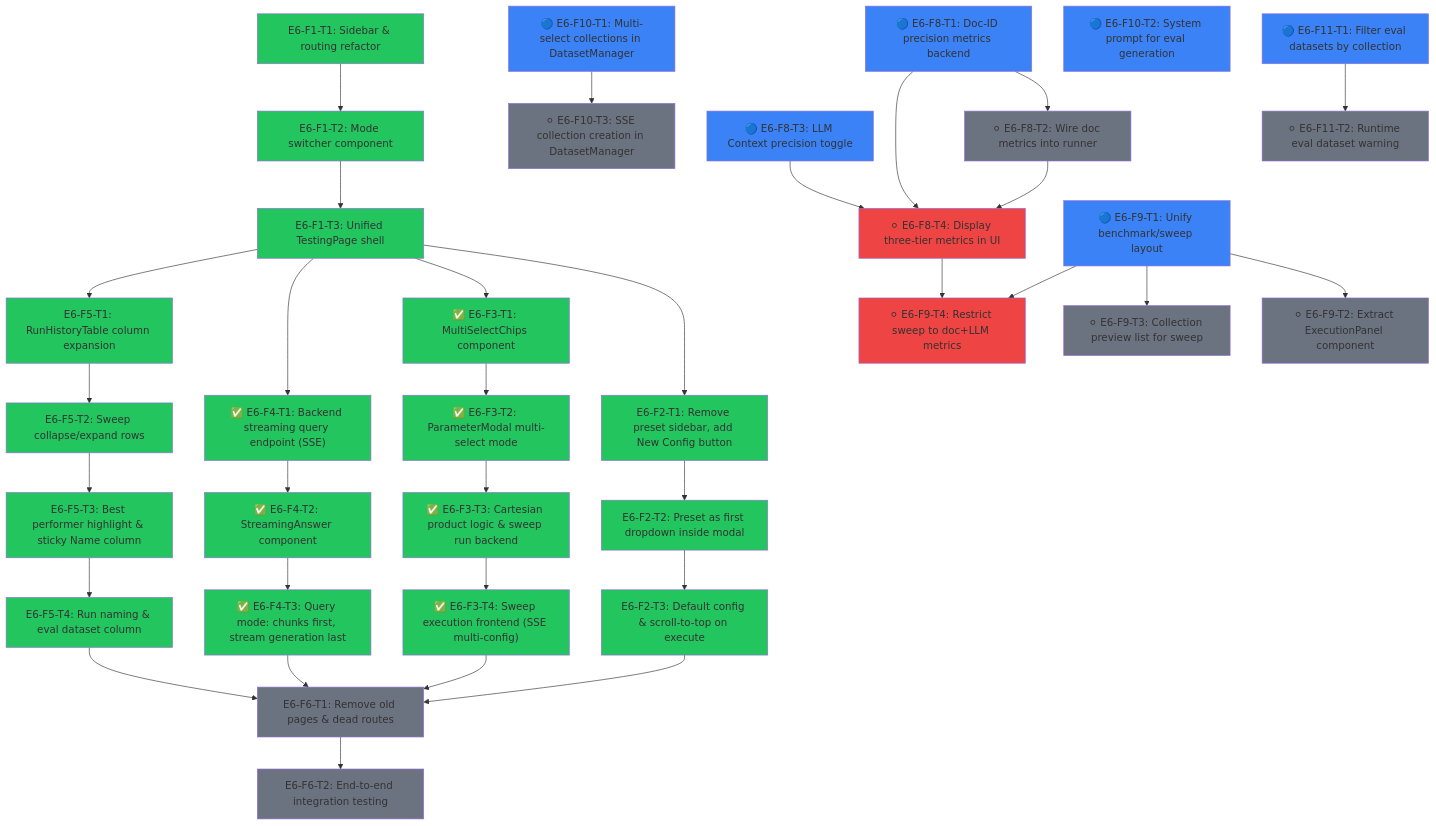
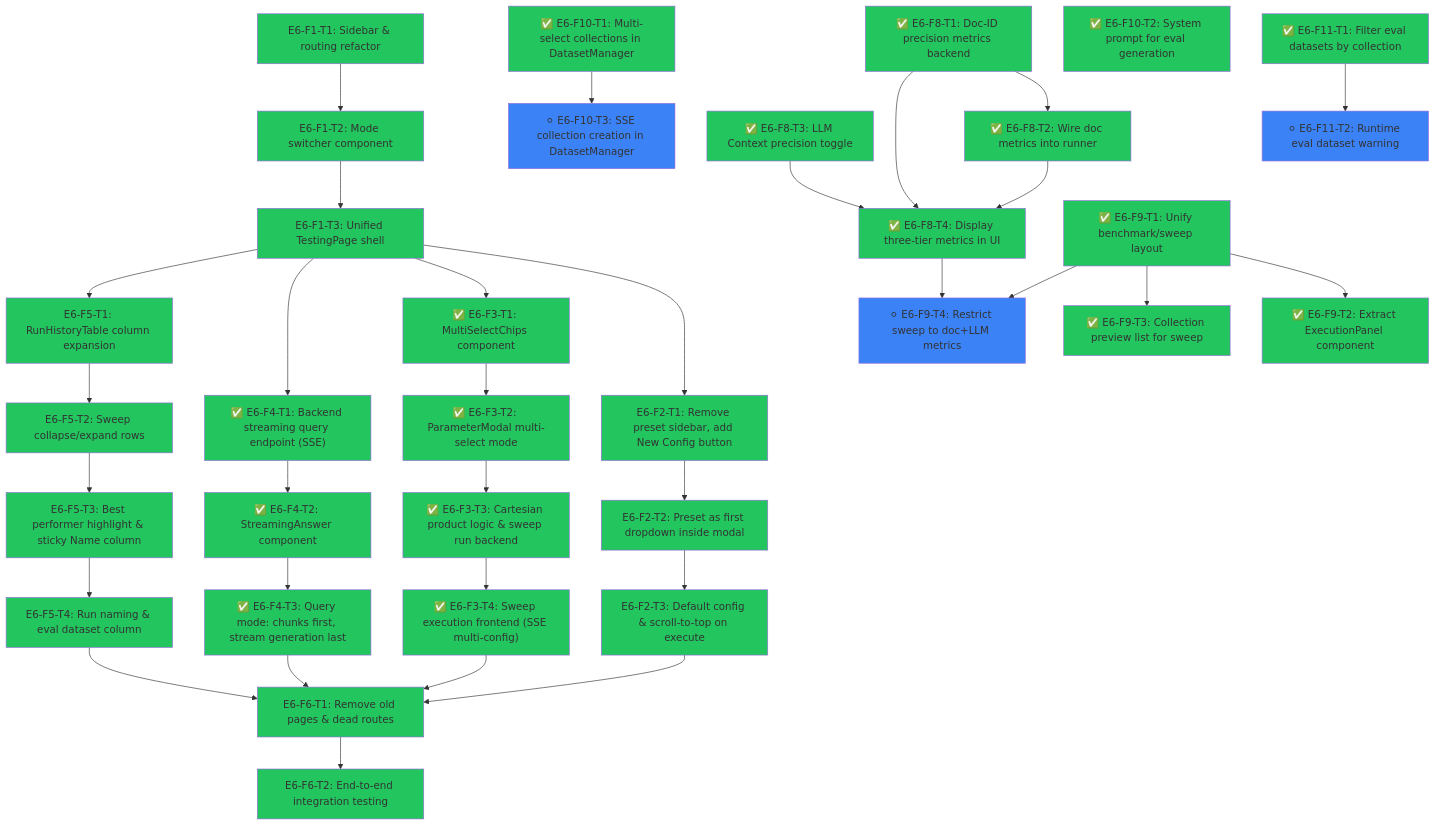
Before and after one commit to Vutiot/EvenementsRAG: the diagram in roadmap_unification.md, drawn with Mermaid. The commit also changed other lines of this file, not shown here.

Commit message:
docs: update roadmap — mark E6-F8-T4, F10-T1/T2, F11-T1 done, promote dependents to ready

````diff
--- a/roadmap_unification.md
+++ b/roadmap_unification.md
@@ -66,21 +66,21 @@
   E6F5T4 --> E6F6T1
   E6F6T1 --> E6F6T2
 
-  E6F8T1["🔵 E6-F8-T1: Doc-ID precision metrics backend"]
-  E6F8T2["⚪ E6-F8-T2: Wire doc metrics into runner"]
-  E6F8T3["🔵 E6-F8-T3: LLM Context precision toggle"]
-  E6F8T4["⚪ E6-F8-T4: Display three-tier metrics in UI"]
+  E6F8T1["✅ E6-F8-T1: Doc-ID precision metrics backend"]
+  E6F8T2["✅ E6-F8-T2: Wire doc metrics into runner"]
+  E6F8T3["✅ E6-F8-T3: LLM Context precision toggle"]
+  E6F8T4["✅ E6-F8-T4: Display three-tier metrics in UI"]
 
-  E6F9T1["🔵 E6-F9-T1: Unify benchmark/sweep layout"]
-  E6F9T2["⚪ E6-F9-T2: Extract ExecutionPanel component"]
-  E6F9T3["⚪ E6-F9-T3: Collection preview list for sweep"]
+  E6F9T1["✅ E6-F9-T1: Unify benchmark/sweep layout"]
+  E6F9T2["✅ E6-F9-T2: Extract ExecutionPanel component"]
+  E6F9T3["✅ E6-F9-T3: Collection preview list for sweep"]
   E6F9T4["⚪ E6-F9-T4: Restrict sweep to doc+LLM metrics"]
 
-  E6F10T1["🔵 E6-F10-T1: Multi-select collections in DatasetManager"]
-  E6F10T2["🔵 E6-F10-T2: System prompt for eval generation"]
+  E6F10T1["✅ E6-F10-T1: Multi-select collections in DatasetManager"]
+  E6F10T2["✅ E6-F10-T2: System prompt for eval generation"]
   E6F10T3["⚪ E6-F10-T3: SSE collection creation in DatasetManager"]
 
-  E6F11T1["🔵 E6-F11-T1: Filter eval datasets by collection"]
+  E6F11T1["✅ E6-F11-T1: Filter eval datasets by collection"]
   E6F11T2["⚪ E6-F11-T2: Runtime eval dataset warning"]
 
   E6F8T1 --> E6F8T2
@@ -114,19 +114,19 @@
   style E6F5T2 fill:#22c55e
   style E6F5T3 fill:#22c55e
   style E6F5T4 fill:#22c55e
-  style E6F6T1 fill:#6b7280
-  style E6F6T2 fill:#6b7280
-  style E6F8T1 fill:#3b82f6
-  style E6F8T2 fill:#6b7280
-  style E6F8T3 fill:#3b82f6
-  style E6F8T4 fill:#ef4444
-  style E6F9T1 fill:#3b82f6
-  style E6F9T2 fill:#6b7280
-  style E6F9T3 fill:#6b7280
-  style E6F9T4 fill:#ef4444
-  style E6F10T1 fill:#3b82f6
-  style E6F10T2 fill:#3b82f6
-  style E6F10T3 fill:#6b7280
-  style E6F11T1 fill:#3b82f6
-  style E6F11T2 fill:#6b7280
+  style E6F6T1 fill:#22c55e
+  style E6F6T2 fill:#22c55e
+  style E6F8T1 fill:#22c55e
+  style E6F8T2 fill:#22c55e
+  style E6F8T3 fill:#22c55e
+  style E6F8T4 fill:#22c55e
+  style E6F9T1 fill:#22c55e
+  style E6F9T2 fill:#22c55e
+  style E6F9T3 fill:#22c55e
+  style E6F9T4 fill:#3b82f6
+  style E6F10T1 fill:#22c55e
+  style E6F10T2 fill:#22c55e
+  style E6F10T3 fill:#3b82f6
+  style E6F11T1 fill:#22c55e
+  style E6F11T2 fill:#3b82f6
 ```
````
